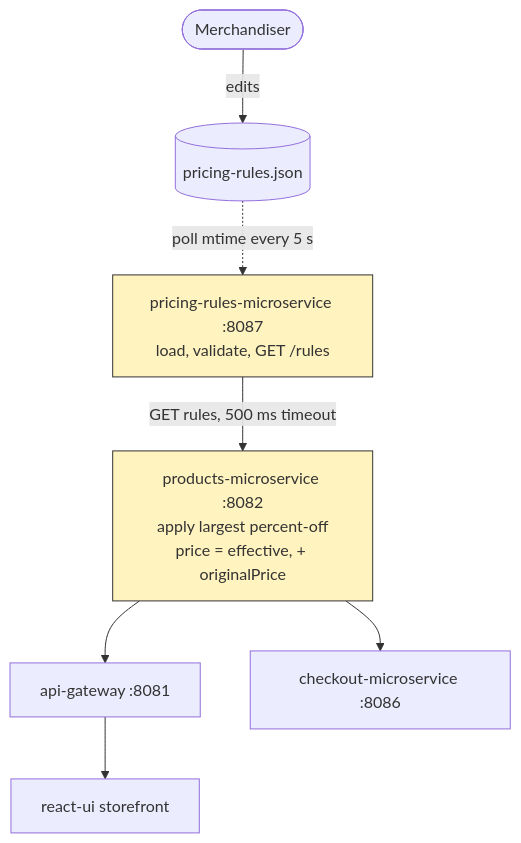
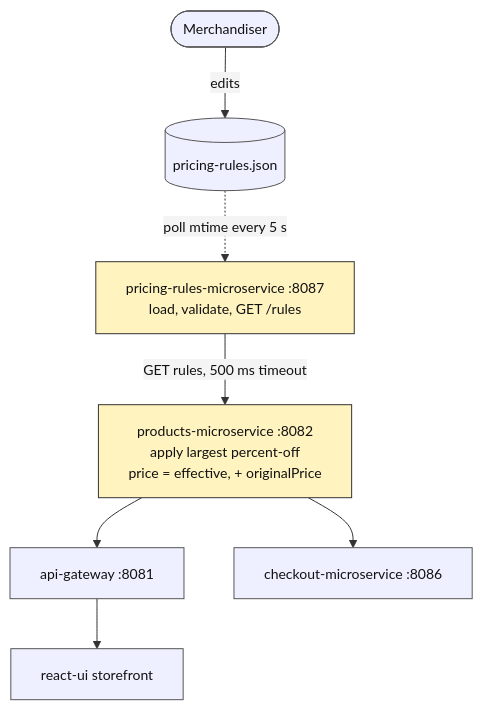
Before and after one commit to oztuck/yugastore-java: the first of 2 diagrams in specs/pricing-rules-without-redeploy/design.md, drawn with Mermaid. The commit also changed other lines of this file, not shown here.

Commit message:
docs: fix design diagrams to a light theme for dark editors

````diff
--- a/specs/pricing-rules-without-redeploy/design.md
+++ b/specs/pricing-rules-without-redeploy/design.md
@@ -21,18 +21,19 @@
 ```mermaid
+%%{init: {'theme':'base','themeVariables':{'background':'#ffffff','primaryColor':'#eef0ff','primaryBorderColor':'#555','primaryTextColor':'#111','lineColor':'#333','edgeLabelBackground':'#f4f4f4','clusterBkg':'#ffffff','fontSize':'14px'}}}%%
 flowchart TB
     M([Merchandiser]) -->|edits| F[(pricing-rules.json)]
     F -.->|poll mtime every 5 s| PR
 
     PR["pricing-rules-microservice :8087<br/>load, validate, GET /rules"]
     P["products-microservice :8082<br/>apply largest percent-off<br/>price = effective, + originalPrice"]
     GW[api-gateway :8081]
     UI[react-ui storefront]
     CK[checkout-microservice :8086]
 
     PR -->|GET rules, 500 ms timeout| P
     P --> GW --> UI
     P --> CK
 
     style PR fill:#fff3bf,stroke:#333
     style P fill:#fff3bf,stroke:#333
 ```
````
